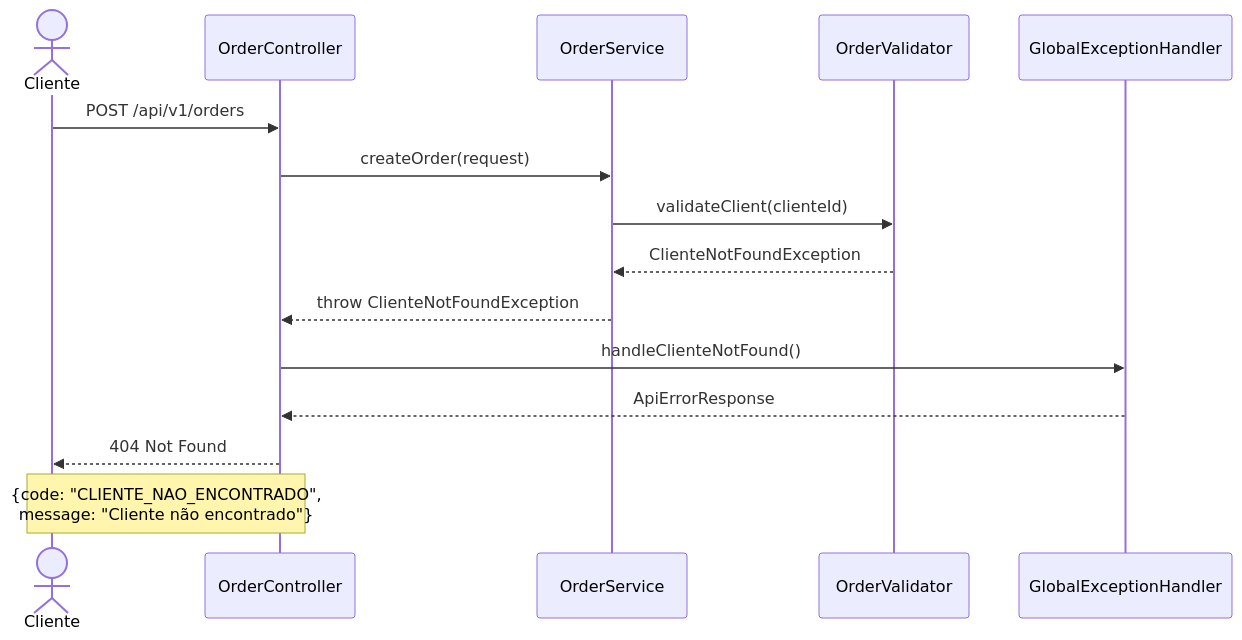
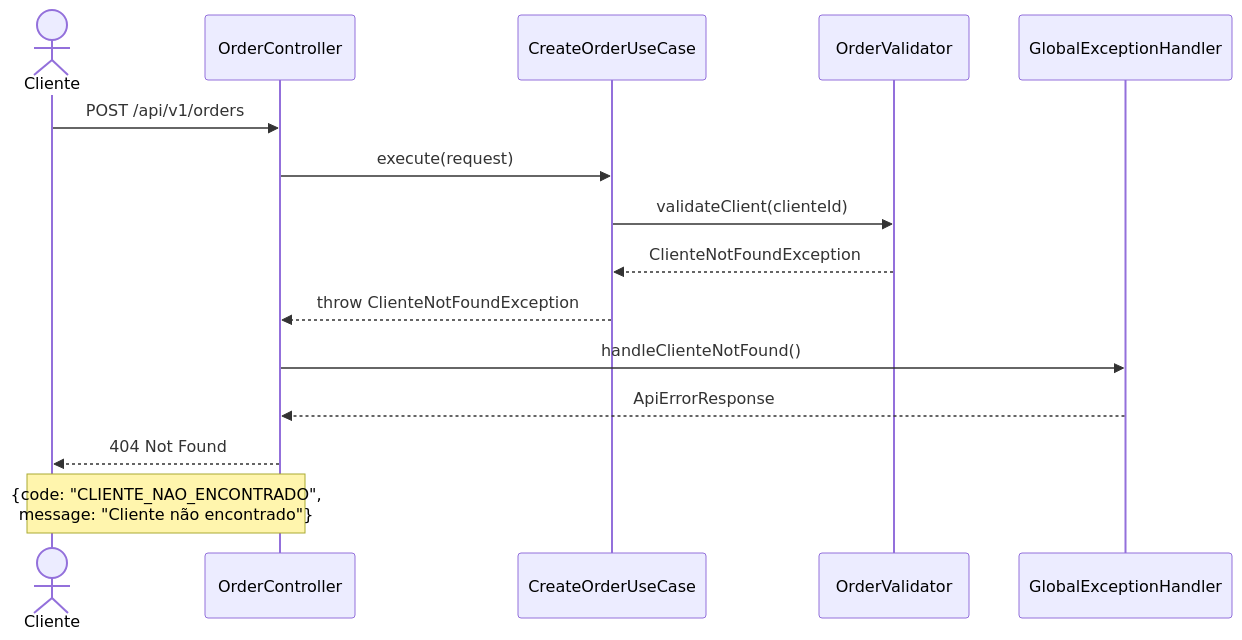
Before and after one commit to leandro-yamaniha/spring-boot-4-poc: the second of 4 diagrams in historias/fase1/HIST-001-criacao-pedido-fluxo.md, drawn with Mermaid. The commit also changed other lines of this file and 1 other file, not shown here.

First line of the commit message:
refactor(HIST-001): migrar de Service Layer para Use Cases

````diff
--- a/historias/fase1/HIST-001-criacao-pedido-fluxo.md
+++ b/historias/fase1/HIST-001-criacao-pedido-fluxo.md
@@ -52,18 +52,18 @@
 ```mermaid
 sequenceDiagram
     actor Cliente
     participant API as OrderController
-    participant Service as OrderService
+    participant UseCase as CreateOrderUseCase
     participant Validator as OrderValidator
     participant Handler as GlobalExceptionHandler
 
     Cliente->>API: POST /api/v1/orders
-    API->>Service: createOrder(request)
-    Service->>Validator: validateClient(clienteId)
-    Validator-->>Service: ClienteNotFoundException
-    Service-->>API: throw ClienteNotFoundException
+    API->>UseCase: execute(request)
+    UseCase->>Validator: validateClient(clienteId)
+    Validator-->>UseCase: ClienteNotFoundException
+    UseCase-->>API: throw ClienteNotFoundException
     API->>Handler: handleClienteNotFound()
     Handler-->>API: ApiErrorResponse
     API-->>Cliente: 404 Not Found
     Note over Cliente,API: {code: "CLIENTE_NAO_ENCONTRADO",<br/>message: "Cliente não encontrado"}
 ```
````
